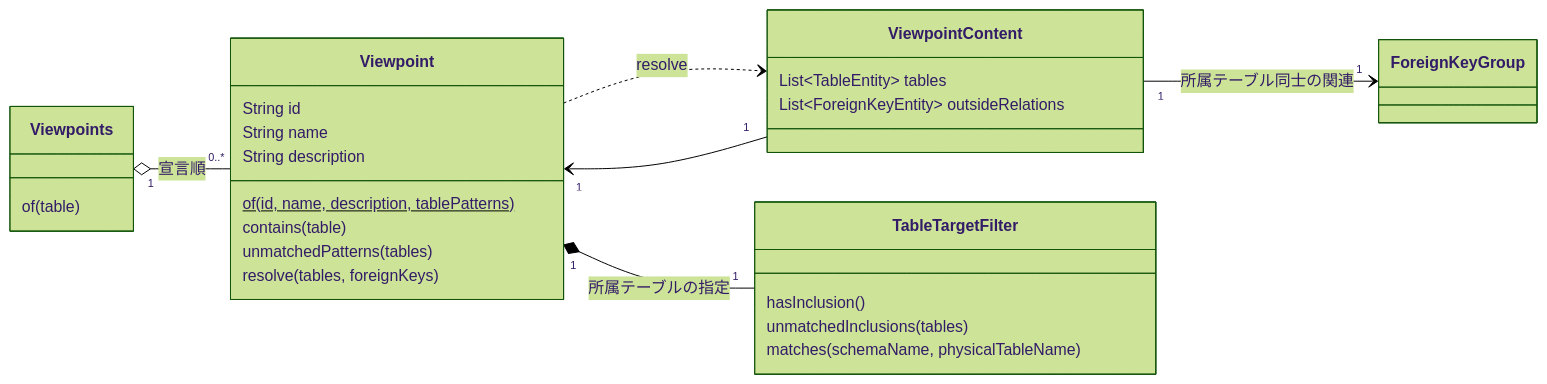
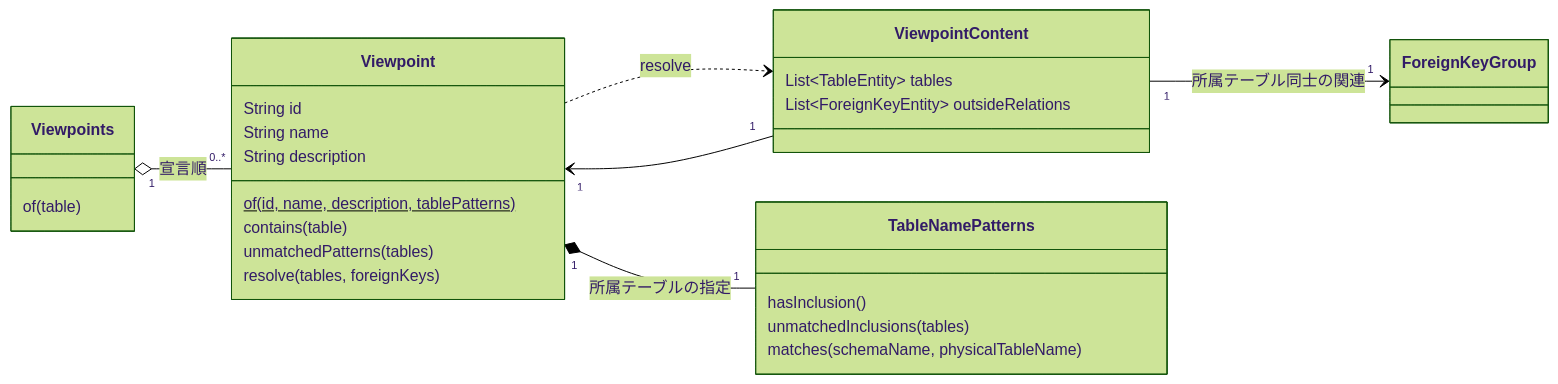
Before and after one commit to ebichan88/exportTableDefinition: the fourth of 5 diagrams in docs/architecture/domain-model.md, drawn with Mermaid (forest theme). The commit also changed other lines of this file and 7 other files, not shown here.

First line of the commit message:
TableTargetFilterをTableNamePatternsへ改名する

````diff
--- a/docs/architecture/domain-model.md
+++ b/docs/architecture/domain-model.md
@@ -201,31 +201,31 @@
 ```mermaid
 classDiagram
   direction LR
   class Viewpoint {
     String id
     String name
     String description
     of(id, name, description, tablePatterns)$
     contains(table)
     unmatchedPatterns(tables)
     resolve(tables, foreignKeys)
   }
   class Viewpoints {
     of(table)
   }
   class ViewpointContent {
     List~TableEntity~ tables
     List~ForeignKeyEntity~ outsideRelations
   }
-  class TableTargetFilter {
+  class TableNamePatterns {
     hasInclusion()
     unmatchedInclusions(tables)
     matches(schemaName, physicalTableName)
   }
 
   Viewpoints "1" o-- "0..*" Viewpoint : 宣言順
-  Viewpoint "1" *-- "1" TableTargetFilter : 所属テーブルの指定
+  Viewpoint "1" *-- "1" TableNamePatterns : 所属テーブルの指定
   Viewpoint ..> ViewpointContent : resolve
   ViewpointContent "1" --> "1" Viewpoint
   ViewpointContent "1" --> "1" ForeignKeyGroup : 所属テーブル同士の関連
 ```
````
